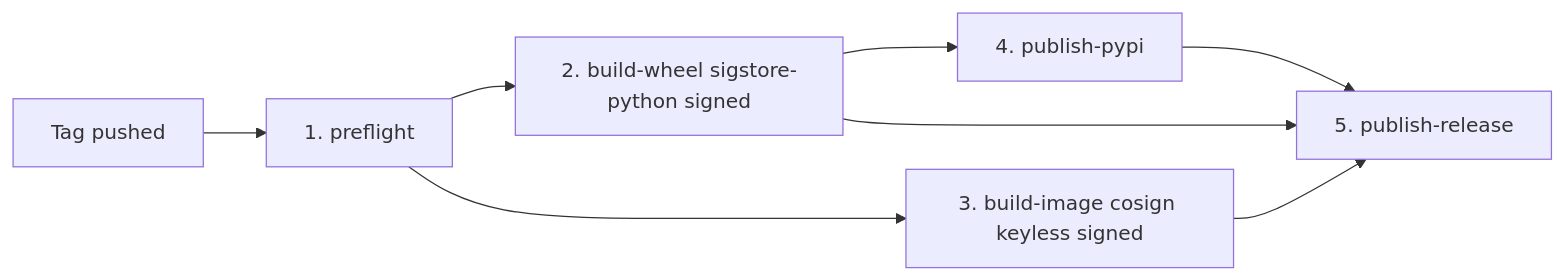
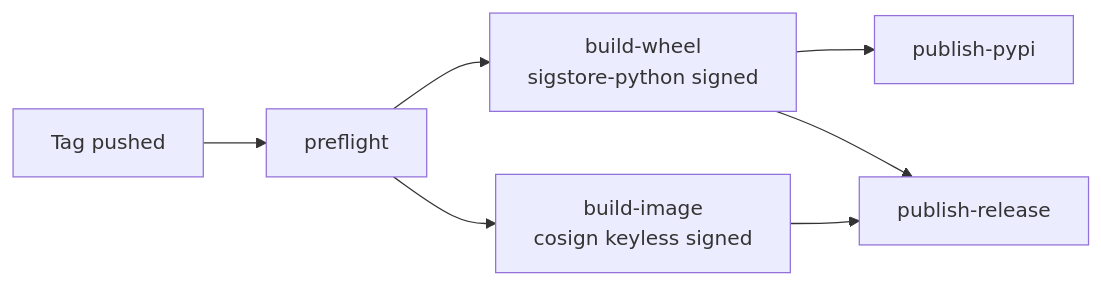
One commit to Metbcy/securescan changed the diagram in docs/src/reference/release-process.md. Above: the diagram before and after it, drawn with Mermaid. The commit also changed 1 other file, not shown here.

Commit message:
docs: fix two broken Mermaid diagrams
1. release-process.md Pipeline flowchart was rendering 'Unsupported
   markdown: list' inside every node because labels like [1. preflight]
   trip Mermaid's label markdown parser (leading digit + period reads
   as an ordered-list marker). Dropped the numeric prefix — the section
   headers below already enumerate. Also removed the stale PyPI -> Rel
   arrow: publish-release no longer 'needs: publish-pypi' as of d703e92.

2. triage.md 'A fix workflow' sequenceDiagram was rendering 'Syntax
   error in text' because semicolons inside Note text are interpreted
   as Mermaid statement separators (`Note over Dev: ... time passes;
   rescan ...` got split into two statements, the second failing to
   parse). Replaced `;` with `,`. Also dropped `#42` (Mermaid uses
   `#` as comment marker in messages) → `PR 42`.

Verified rendering with agent-browser screenshots against
mdbook serve. Audited every other Mermaid block (12 files,
21 diagrams) for the same pitfalls — all clean.

````diff
--- a/docs/src/reference/release-process.md
+++ b/docs/src/reference/release-process.md
@@ -42,10 +42,9 @@
 ```mermaid
 flowchart LR
-  Tag[Tag pushed] --> Pre[1. preflight]
-  Pre --> Wheel[2. build-wheel sigstore-python signed]
-  Pre --> Image[3. build-image cosign keyless signed]
-  Wheel --> PyPI[4. publish-pypi]
-  Wheel --> Rel[5. publish-release]
+  Tag["Tag pushed"] --> Pre["preflight"]
+  Pre --> Wheel["build-wheel<br/>sigstore-python signed"]
+  Pre --> Image["build-image<br/>cosign keyless signed"]
+  Wheel --> PyPI["publish-pypi"]
+  Wheel --> Rel["publish-release"]
   Image --> Rel
-  PyPI --> Rel
 ```
````
